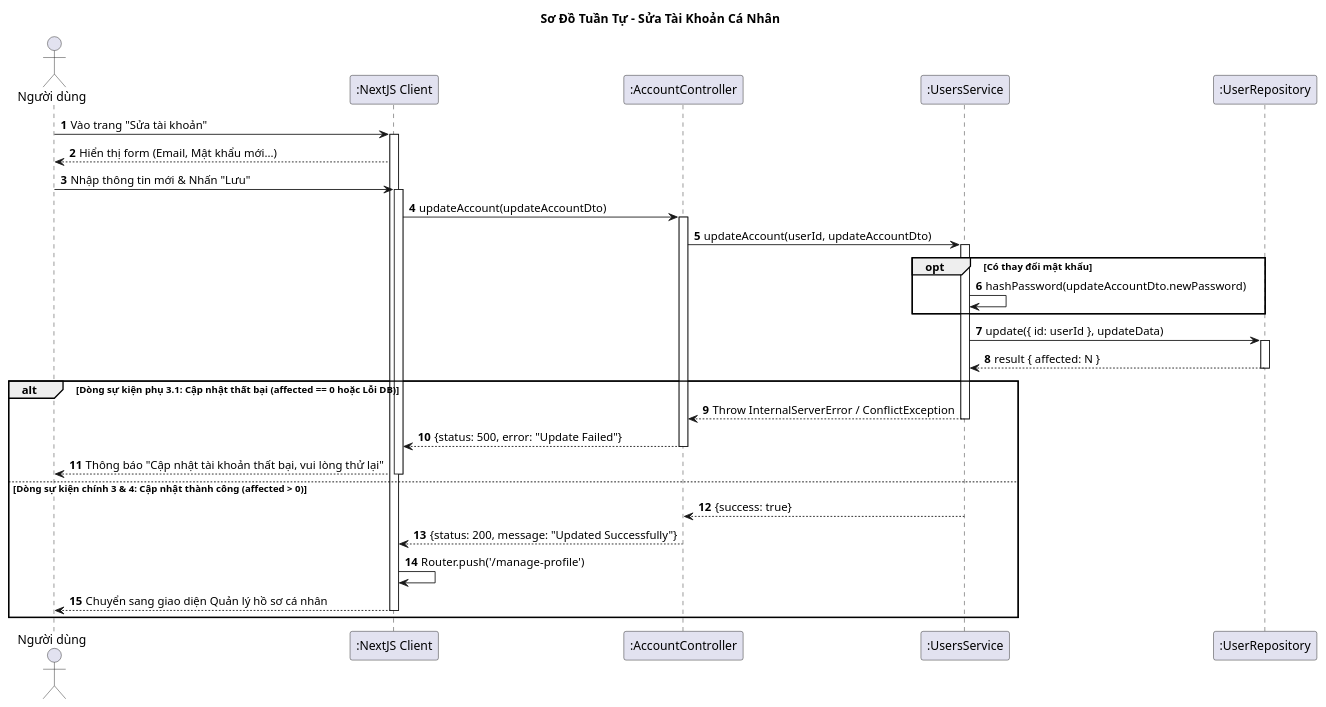
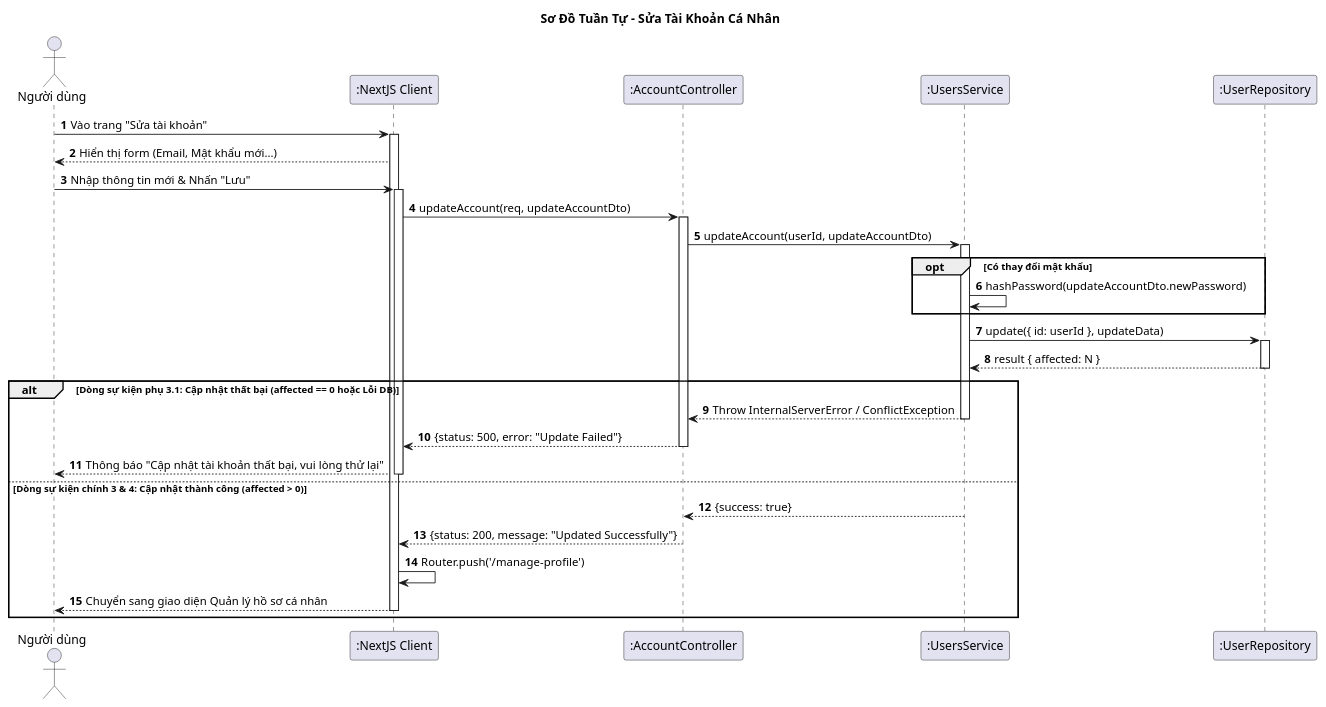
The diagram in Diagrams/SequenceDiagram/EditAccountSD.plantuml (vinh047/soundwave), drawn with PlantUML before and after one commit. The commit also changed 20 other files, not shown here.

```diff
--- a/Diagrams/SequenceDiagram/EditAccountSD.plantuml
+++ b/Diagrams/SequenceDiagram/EditAccountSD.plantuml
@@ -1,73 +1,73 @@
 @startuml Sequence Diagram - Sửa Tài Khoản Cá Nhân
 
 title Sơ Đồ Tuần Tự - Sửa Tài Khoản Cá Nhân 
 
 actor "Người dùng" as User
 participant ":NextJS Client" as UI
 participant ":AccountController" as Controller
 participant ":UsersService" as Service
 participant ":UserRepository" as DB
 
 autonumber
 
 ' === BƯỚC 1: HIỂN THỊ FORM ===
 ' (Dòng sự kiện chính 1)
 User -> UI: Vào trang "Sửa tài khoản"
 activate UI
 ' (Có thể có bước fetch thông tin email hiện tại, nhưng lược bỏ cho gọn)
 UI --> User: Hiển thị form (Email, Mật khẩu mới...)
 
 ' === BƯỚC 2: GỬI DỮ LIỆU ===
 ' (Dòng sự kiện chính 2)
 User -> UI: Nhập thông tin mới & Nhấn "Lưu"
 activate UI
 
 ' Sử dụng UpdateAccountDto
-UI -> Controller: updateAccount(updateAccountDto)
+UI -> Controller: updateAccount(req, updateAccountDto)
 activate Controller
 
 ' Lấy userId từ req.user
 Controller -> Service: updateAccount(userId, updateAccountDto)
 activate Service
 
 ' === BƯỚC 3: XỬ LÝ LOGIC & DB ===
 ' (Logic phụ: Nếu có đổi mật khẩu thì phải mã hóa trước khi lưu)
 opt Có thay đổi mật khẩu
     Service -> Service: hashPassword(updateAccountDto.newPassword)
 end
 
 ' TypeORM: update(criteria, partialEntity)
 Service -> DB: update({ id: userId }, updateData)
 activate DB
 DB --> Service: result { affected: N }
 deactivate DB
 
 ' === PHÂN NHÁNH KẾT QUẢ (Main Flow vs Alternative Flow) ===
 alt Dòng sự kiện phụ 3.1: Cập nhật thất bại (affected == 0 hoặc Lỗi DB)
     ' Có thể do lỗi kết nối hoặc Email bị trùng (Duplicate Entry)
     Service --> Controller: Throw InternalServerError / ConflictException
     deactivate Service
     
     Controller --> UI: {status: 500, error: "Update Failed"}
     deactivate Controller
     
     ' [KHỚP ĐẶC TẢ 3.1]
     UI --> User: Thông báo "Cập nhật tài khoản thất bại, vui lòng thử lại"
     deactivate UI
 
 else Dòng sự kiện chính 3 & 4: Cập nhật thành công (affected > 0)
     ' Đã activate Service ở trên
     Service --> Controller: {success: true}
     deactivate Service
     
     Controller --> UI: {status: 200, message: "Updated Successfully"}
     deactivate Controller
     
     ' === BƯỚC 4: CHUYỂN GIAO DIỆN ===
     ' Client tự điều hướng về trang quản lý hồ sơ
     UI -> UI: Router.push('/manage-profile')
     
     UI --> User: Chuyển sang giao diện Quản lý hồ sơ cá nhân
     deactivate UI
 end
 @enduml
```
